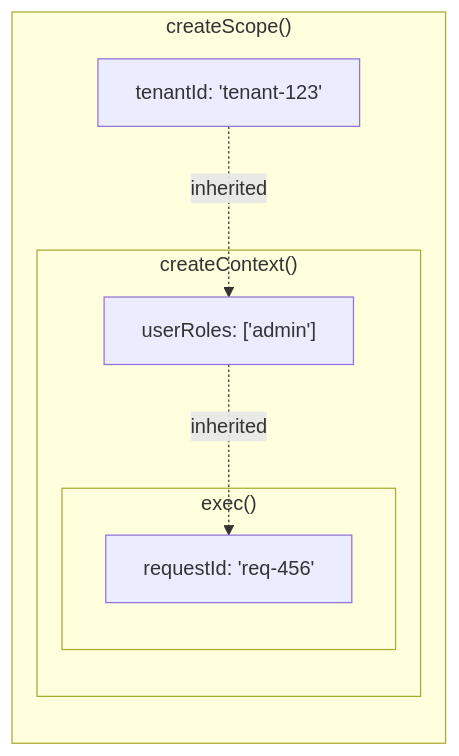
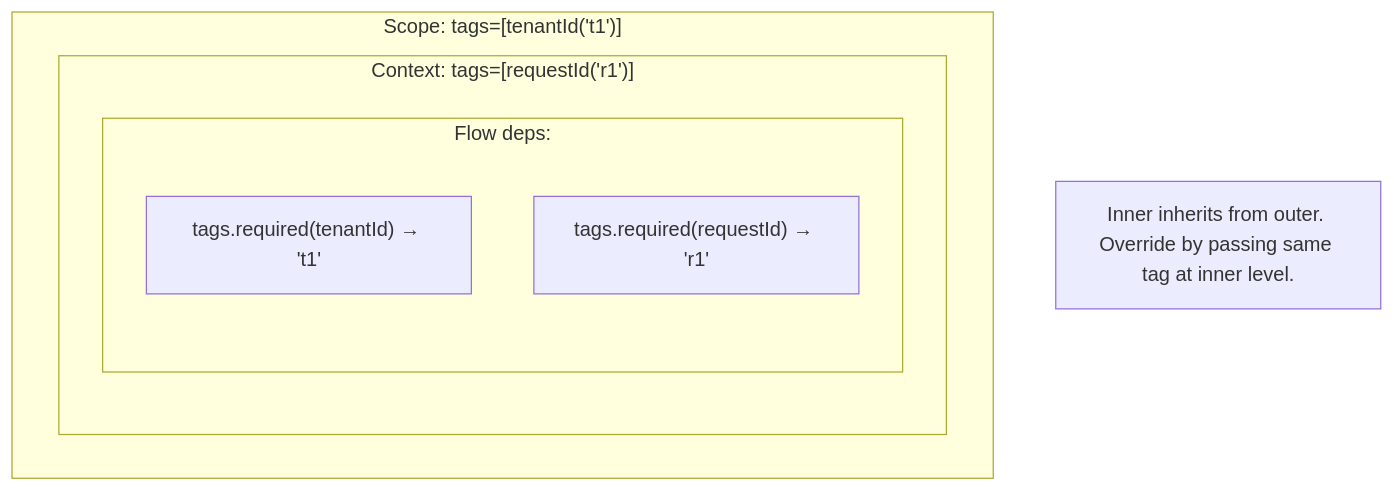
Before and after one commit to pumped-fn/pumped-fn: the fourth of 5 diagrams in packages/lite/README.md, drawn with Mermaid. The commit also changed other lines of this file, not shown here.

First line of the commit message:
docs(lite): restructure README with focused diagrams

````diff
--- a/packages/lite/README.md
+++ b/packages/lite/README.md
@@ -354,15 +79,13 @@
 ```mermaid
-flowchart LR
-    subgraph Scope["createScope()"]
-        ST["tenantId: 'tenant-123'"]
-        subgraph Context["createContext()"]
-            CT["userRoles: ['admin']"]
-            subgraph Exec["exec()"]
-                ET["requestId: 'req-456'"]
+flowchart TD
+    subgraph Scope["Scope: tags=[tenantId('t1')]"]
+        subgraph Context["Context: tags=[requestId('r1')]"]
+            subgraph Flow["Flow deps:"]
+                T1["tags.required(tenantId) → 't1'"]
+                T2["tags.required(requestId) → 'r1'"]
             end
         end
     end
 
-    ST -.->|inherited| CT
-    CT -.->|inherited| ET
+    Note["Inner inherits from outer. Override by passing same tag at inner level."]
 ```
````
